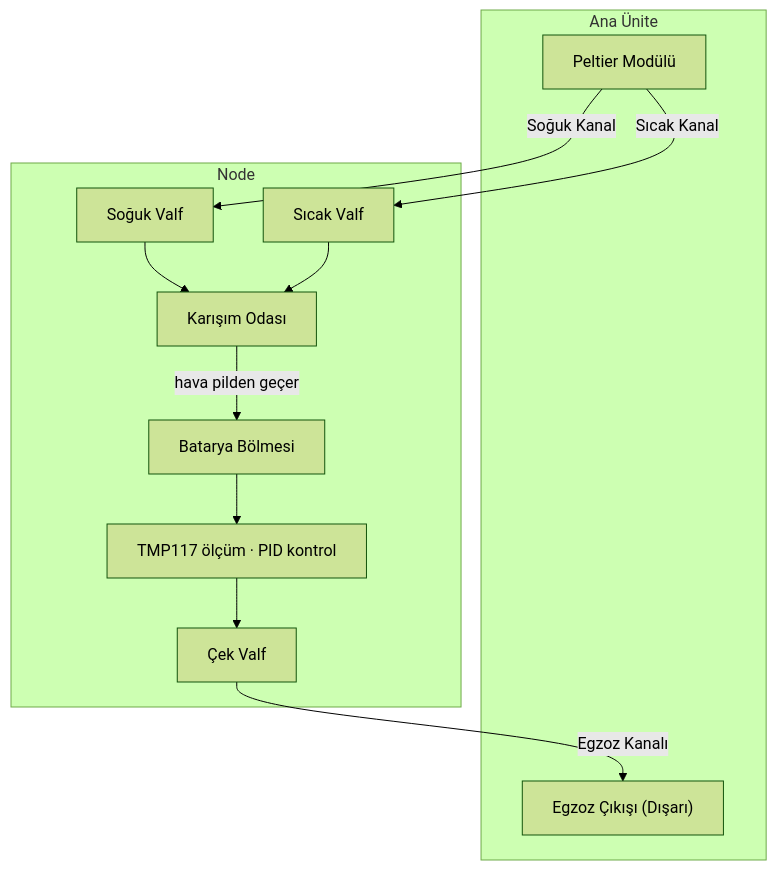
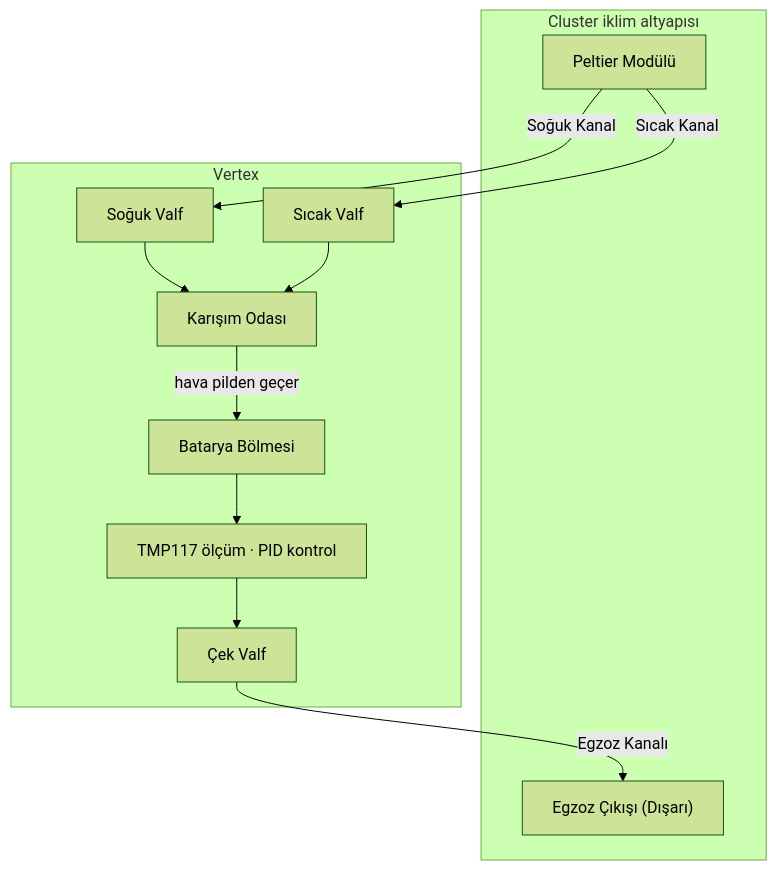
Before and after one commit to mkadayifci/tronloop-defteri-kebir: the first of 6 diagrams in docs/02-hardware/climate-monitoring.md, drawn with Mermaid (forest theme). The commit also changed other lines of this file and 21 other files, not shown here.

````diff
--- a/docs/02-hardware/climate-monitoring.md
+++ b/docs/02-hardware/climate-monitoring.md
@@ -30,21 +40,21 @@
 ```mermaid
 flowchart TD
-    subgraph ANA["Ana Ünite"]
+    subgraph ANA["Cluster iklim altyapısı"]
         P["Peltier Modülü"]
         EX["Egzoz Çıkışı (Dışarı)"]
     end
 
     P -->|Soğuk Kanal| SV["Soğuk Valf"]
     P -->|Sıcak Kanal| HV["Sıcak Valf"]
 
-    subgraph NODE["Node"]
+    subgraph NODE["Vertex"]
         SV
         HV
         SV & HV --> MIX["Karışım Odası"]
         MIX -->|"hava pilden geçer"| BAT["Batarya Bölmesi"]
         BAT --> TMP["TMP117 ölçüm · PID kontrol"]
         TMP --> CV["Çek Valf"]
     end
 
     CV -->|Egzoz Kanalı| EX
 ```
````
